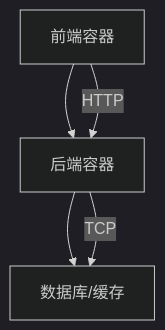
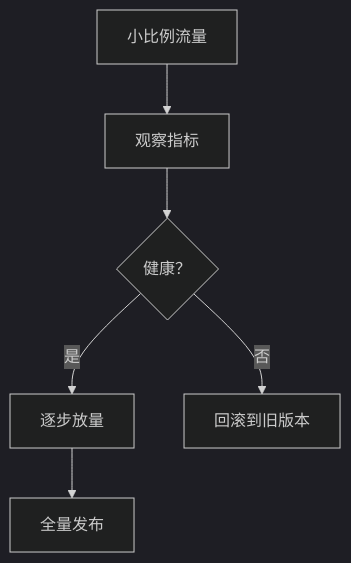
One commit to alvinwangzi/goodhr changed the ninth of 9 diagrams in .qoder/repowiki/zh/content/部署指南/生产环境部署/自动化部署流程.md. Above: the diagram before and after it, drawn with Mermaid (dark theme). The commit also changed other lines of this file and 149 other files, not shown here.

````diff
--- a/.qoder/repowiki/zh/content/部署指南/生产环境部署/自动化部署流程.md
+++ b/.qoder/repowiki/zh/content/部署指南/生产环境部署/自动化部署流程.md
@@ -299,7 +322,8 @@
 ```mermaid
-graph TB
-FE["前端容器"] --> BE["后端容器"]
-BE --> DB["数据库/缓存"]
-FE --> |HTTP| BE
-BE --> |TCP| DB
+flowchart TD
+Canary["小比例流量"] --> Observe["观察指标"]
+Observe --> Healthy{"健康？"}
+Healthy --> |是| ScaleUp["逐步放量"]
+Healthy --> |否| Rollback["回滚到旧版本"]
+ScaleUp --> Full["全量发布"]
 ```
````
